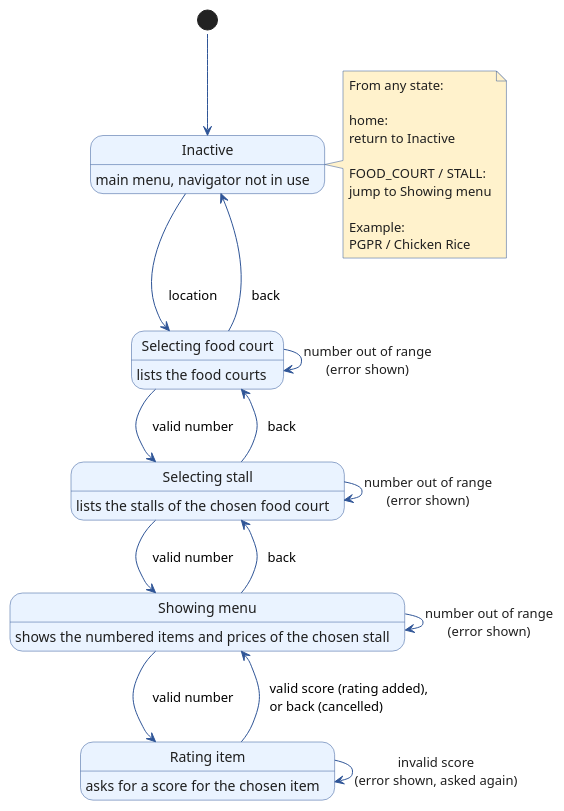
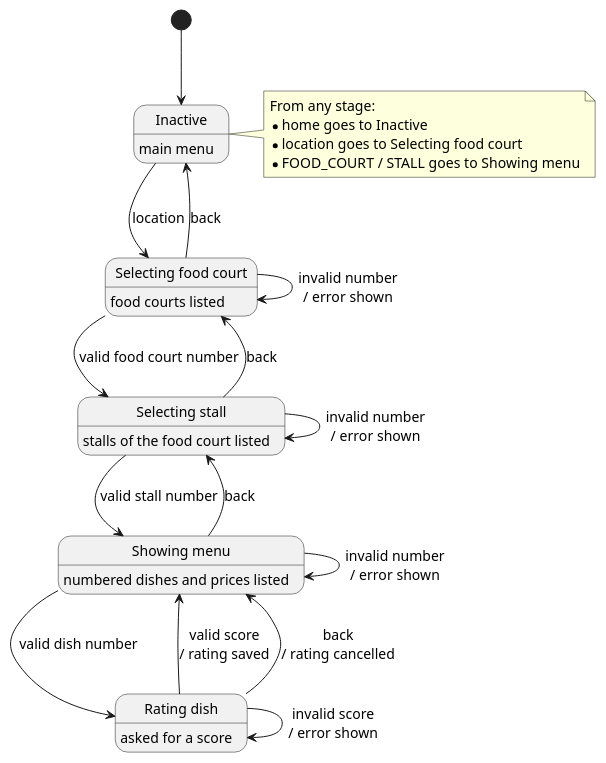
The diagram in docs/diagrams/NavigationStateDiagram.puml (AY2627S1-CS2113-W10-3/tp), drawn with PlantUML before and after one commit. The commit also changed 14 other files, not shown here.

```diff
--- a/docs/diagrams/NavigationStateDiagram.puml
+++ b/docs/diagrams/NavigationStateDiagram.puml
@@ -1,91 +1,36 @@
 @startuml
-!pragma layout smetana
+' The stages of MenuNavigator and the input that moves between them.
+skinparam shadowing false
+skinparam defaultFontSize 14
 hide empty description
 
-skinparam shadowing false
-
-skinparam state {
-    BackgroundColor #EAF3FF
-    BorderColor #2F5597
-    FontColor #1F1F1F
-    FontSize 14
-    RoundCorner 15
-}
-
-skinparam ArrowColor #2F5597
-skinparam ArrowFontColor #1F1F1F
-
-skinparam noteBackgroundColor transparent
-skinparam noteBorderColor transparent
-skinparam noteBackgroundColor<<Info>> #FFF2CC
-skinparam noteBorderColor<<Info>> #2F5597
-skinparam noteFontColor<<Info>> #1F1F1F
-
-state "Inactive" as INACTIVE : main menu, navigator not in use
-state "Selecting food court" as SELECTING_LOCATION : lists the food courts
-state "Selecting stall" as SELECTING_STALL : lists the stalls of the chosen food court
-state "Showing menu" as SHOWING_MENU : shows the numbered items and prices of the chosen stall
-state "Rating item" as RATING_ITEM : asks for a score for the chosen item
+state "Inactive" as INACTIVE : main menu
+state "Selecting food court" as LOC : food courts listed
+state "Selecting stall" as STALL : stalls of the food court listed
+state "Showing menu" as MENU : numbered dishes and prices listed
+state "Rating dish" as RATE : asked for a score
 
 [*] --> INACTIVE
+INACTIVE --> LOC : location
+LOC --> STALL : valid food court number
+STALL --> MENU : valid stall number
+MENU --> RATE : valid dish number
+RATE --> MENU : valid score\n/ rating saved
+RATE --> MENU : back\n/ rating cancelled
 
-INACTIVE --> SELECTING_LOCATION
-note left on link
-location
+MENU --> STALL : back
+STALL --> LOC : back
+LOC --> INACTIVE : back
+
+LOC --> LOC : invalid number\n/ error shown
+STALL --> STALL : invalid number\n/ error shown
+MENU --> MENU : invalid number\n/ error shown
+RATE --> RATE : invalid score\n/ error shown
+
+note right of INACTIVE
+  From any stage:
+  * home goes to Inactive
+  * location goes to Selecting food court
+  * FOOD_COURT / STALL goes to Showing menu
 end note
-
-SELECTING_LOCATION --> INACTIVE
-note right on link
-back
-end note
-
-SELECTING_LOCATION --> SELECTING_STALL
-note left on link
-valid number
-end note
-
-SELECTING_STALL --> SELECTING_LOCATION
-note right on link
-back
-end note
-
-SELECTING_STALL --> SHOWING_MENU
-note left on link
-valid number
-end note
-
-SHOWING_MENU --> SELECTING_STALL
-note right on link
-back
-end note
-
-SHOWING_MENU --> RATING_ITEM
-note left on link
-valid number
-end note
-
-RATING_ITEM --> SHOWING_MENU
-note right on link
-valid score (rating added),
-or back (cancelled)
-end note
-
-SELECTING_LOCATION --> SELECTING_LOCATION : number out of range\n(error shown)
-SELECTING_STALL --> SELECTING_STALL : number out of range\n(error shown)
-SHOWING_MENU --> SHOWING_MENU : number out of range\n(error shown)
-RATING_ITEM --> RATING_ITEM : invalid score\n(error shown, asked again)
-
-note right of INACTIVE <<Info>>
-From any state:
-
-home:
-return to Inactive
-
-FOOD_COURT / STALL:
-jump to Showing menu
-
-Example:
-PGPR / Chicken Rice
-end note
-
 @enduml
```
